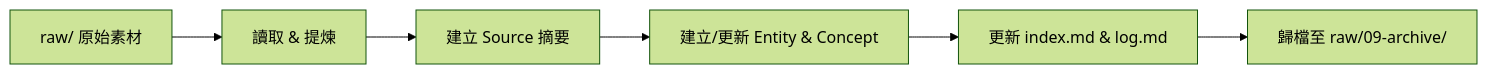
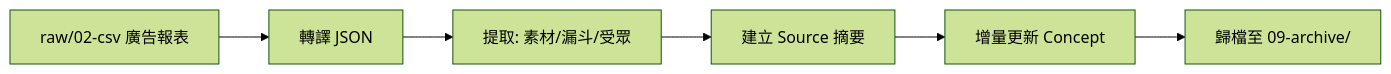
One commit to stubipapa/llm-wiki-starter-kit-digital-ad changed the diagram in README.md. Above: the diagram before and after it, drawn with Mermaid (forest theme). The commit also changed other lines of this file and 14 other files, not shown here.

````diff
--- a/README.md
+++ b/README.md
@@ -140,8 +117,8 @@
 ```mermaid
 graph LR
-    A[raw/ 原始素材] --> B[讀取 & 提煉]
-    B --> C[建立 Source 摘要]
-    C --> D[建立/更新 Entity & Concept]
-    D --> E[更新 index.md & log.md]
-    E --> F[歸檔至 raw/09-archive/]
+    A[raw/02-csv 廣告報表] --> B[轉譯 JSON]
+    B --> C[提取: 素材/漏斗/受眾]
+    C --> D[建立 Source 摘要]
+    D --> E[增量更新 Concept]
+    E --> F[歸檔至 09-archive/]
 ```
````
